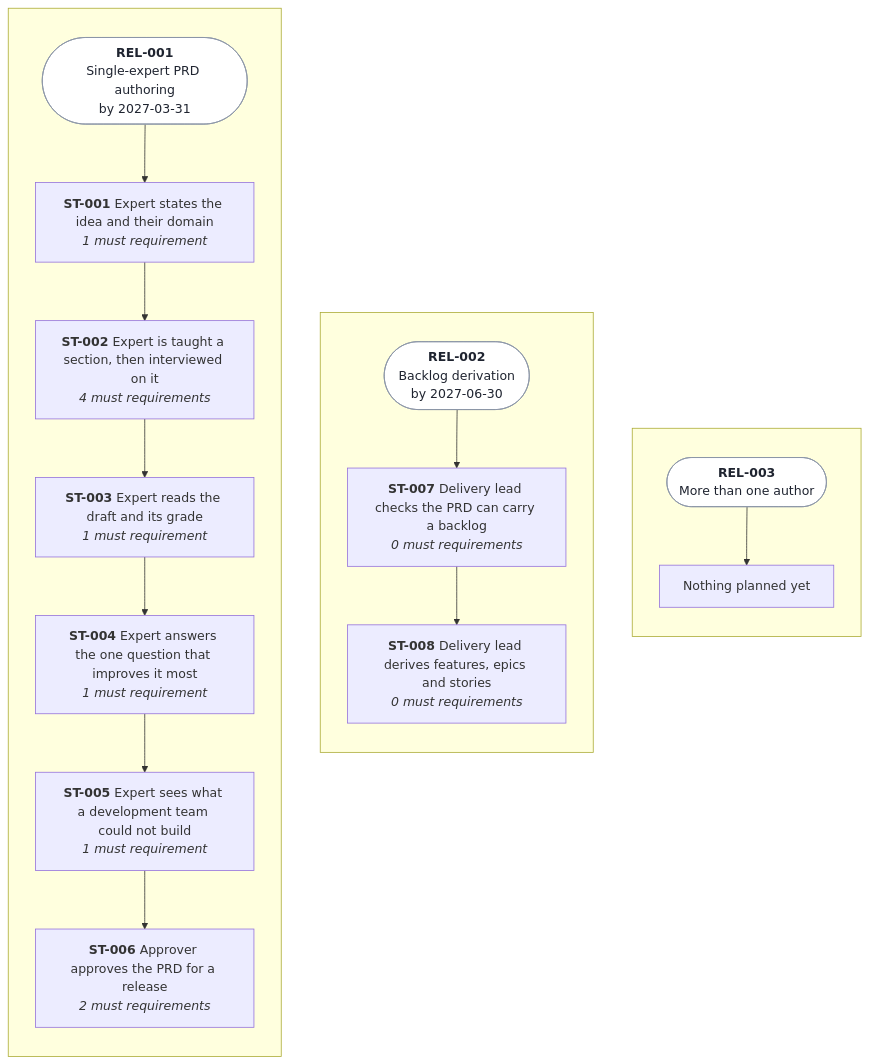
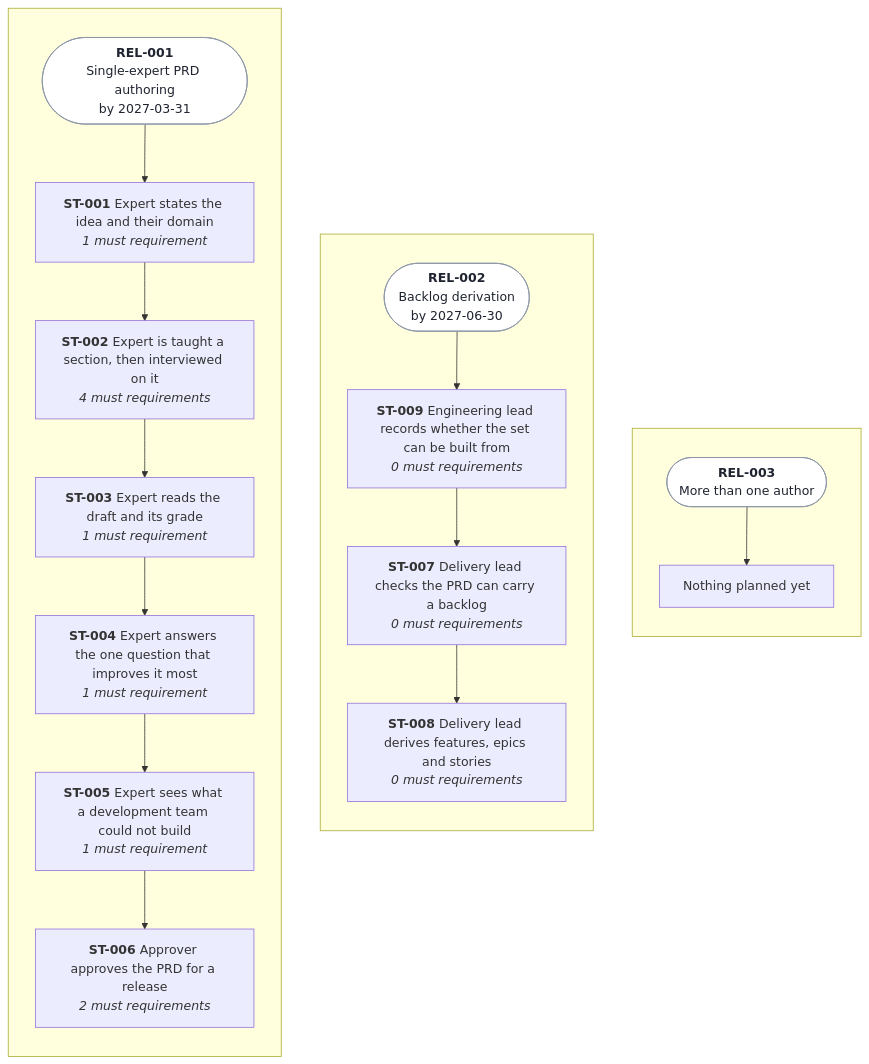
The diagram in docs/prd/prd-forge/diagrams/release-line.mmd (SpillwaveSolutions/prd-forge), drawn with Mermaid before and after one commit. The commit also changed 32 other files, not shown here.

```diff
--- a/docs/prd/prd-forge/diagrams/release-line.mmd
+++ b/docs/prd/prd-forge/diagrams/release-line.mmd
@@ -1,36 +1,38 @@
 %% Generated by prd-diagrams.mjs from the release plan front matter. Do not edit.
 %%{init: {"flowchart": {"wrappingWidth": 220}}}%%
 flowchart LR
   subgraph REL001[" "]
     direction TB
     REL001head(["<b>REL-001</b><br/>Single-expert PRD authoring<br/>by 2027-03-31"])
     REL001head --> ST001
     ST001["<b>ST-001</b> Expert states the idea and their domain<br/><i>1 must requirement</i>"]
     ST002["<b>ST-002</b> Expert is taught a section, then interviewed on it<br/><i>4 must requirements</i>"]
     ST003["<b>ST-003</b> Expert reads the draft and its grade<br/><i>1 must requirement</i>"]
     ST004["<b>ST-004</b> Expert answers the one question that improves it most<br/><i>1 must requirement</i>"]
     ST005["<b>ST-005</b> Expert sees what a development team could not build<br/><i>1 must requirement</i>"]
     ST006["<b>ST-006</b> Approver approves the PRD for a release<br/><i>2 must requirements</i>"]
     ST001 --> ST002
     ST002 --> ST003
     ST003 --> ST004
     ST004 --> ST005
     ST005 --> ST006
   end
   subgraph REL002[" "]
     direction TB
     REL002head(["<b>REL-002</b><br/>Backlog derivation<br/>by 2027-06-30"])
-    REL002head --> ST007
+    REL002head --> ST009
+    ST009["<b>ST-009</b> Engineering lead records whether the set can be built from<br/><i>0 must requirements</i>"]
     ST007["<b>ST-007</b> Delivery lead checks the PRD can carry a backlog<br/><i>0 must requirements</i>"]
     ST008["<b>ST-008</b> Delivery lead derives features, epics and stories<br/><i>0 must requirements</i>"]
+    ST009 --> ST007
     ST007 --> ST008
   end
   subgraph REL003[" "]
     direction TB
     REL003head(["<b>REL-003</b><br/>More than one author"])
     REL003head --> REL003none["Nothing planned yet"]
   end
   REL001 ~~~ REL002
   REL002 ~~~ REL003
   classDef head fill:#FFFFFF,stroke:#8A94A6,color:#1F2430
   class REL001head,REL002head,REL003head head
```
